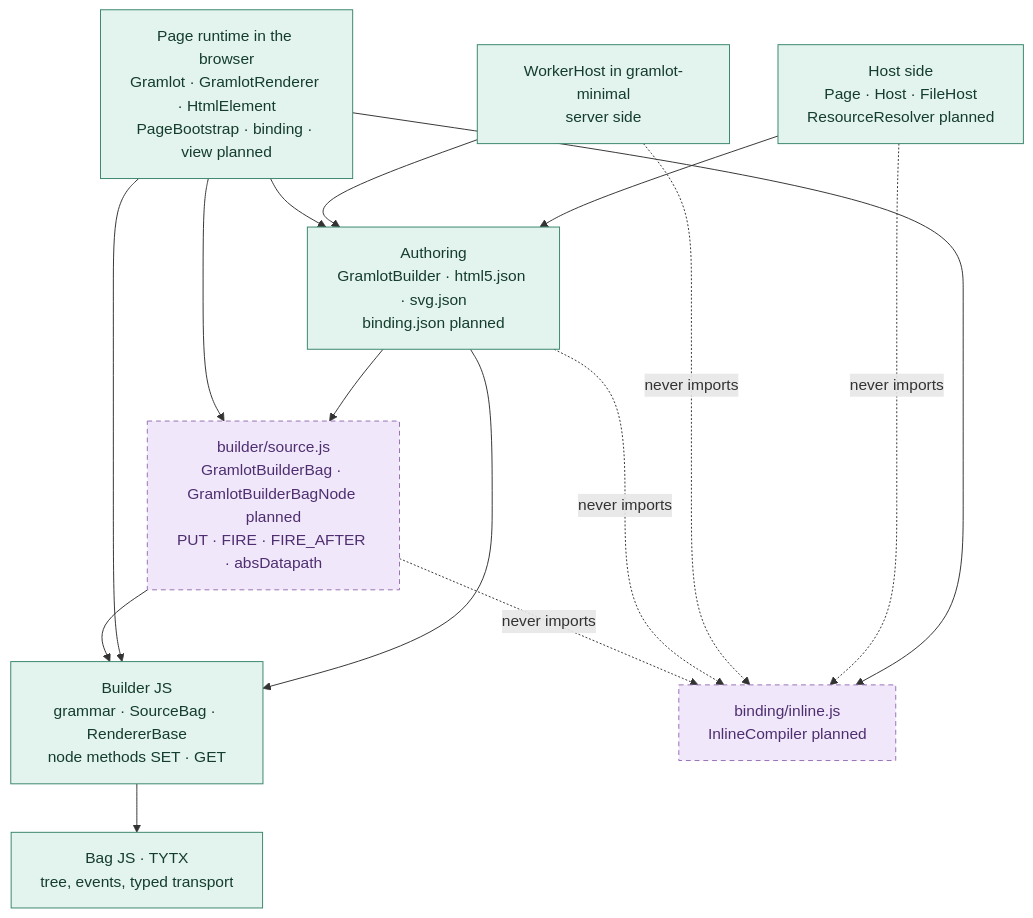
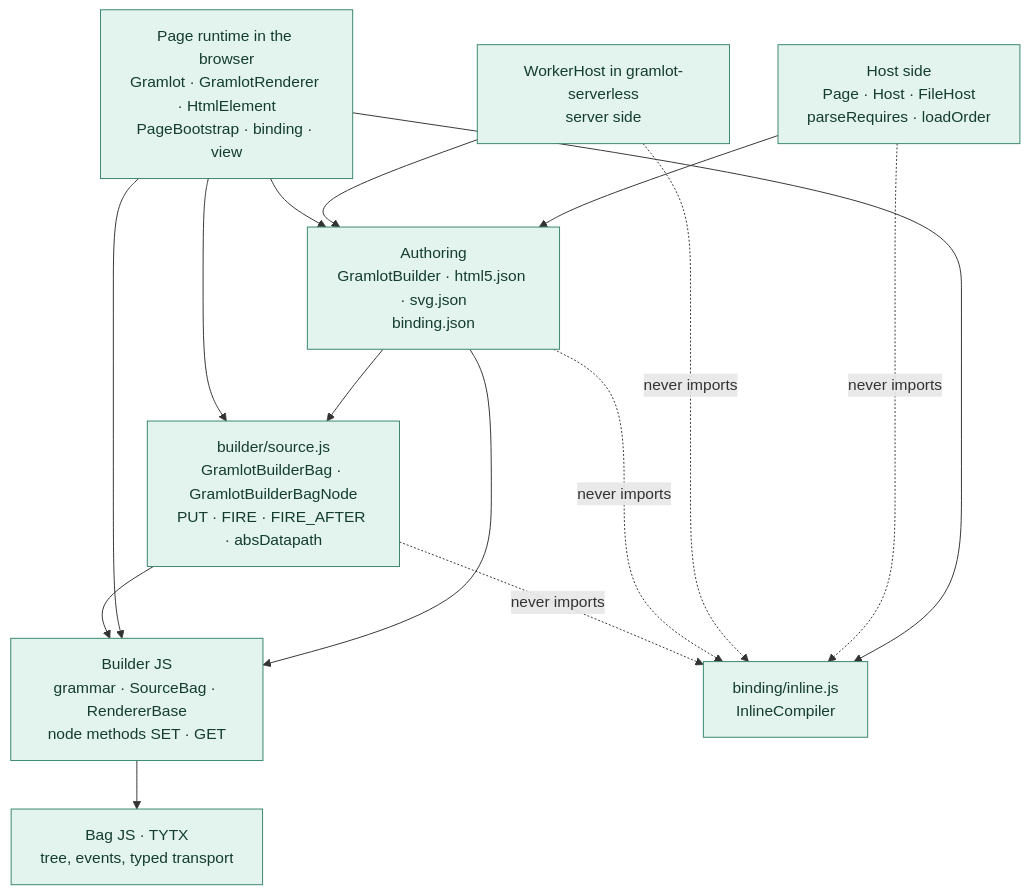
One commit to gramlot-org/gramlot changed the diagram in docs/internal/087-javascript-layer-boundaries.md. Above: the diagram before and after it, drawn with Mermaid. The commit also changed other lines of this file and 299 other files, not shown here.

First line of the commit message:
feat: Gramlot 0.2.0 — HTML5/SVG binding on the minimal Host contract

````diff
--- a/docs/internal/087-javascript-layer-boundaries.md
+++ b/docs/internal/087-javascript-layer-boundaries.md
@@ -462,29 +464,28 @@
 ```mermaid
 flowchart TB
     BAG["Bag JS · TYTX<br/>tree, events, typed transport"]
     BLD["Builder JS<br/>grammar · SourceBag · RendererBase<br/>node methods SET · GET"]
-    SRC["builder/source.js<br/>GramlotBuilderBag · GramlotBuilderBagNode planned<br/>PUT · FIRE · FIRE_AFTER · absDatapath"]
-    AUTH["Authoring<br/>GramlotBuilder · html5.json · svg.json<br/>binding.json planned"]
-    HOST["Host side<br/>Page · Host · FileHost<br/>ResourceResolver planned"]
-    WH["WorkerHost in gramlot-minimal<br/>server side"]
-    PAGE["Page runtime in the browser<br/>Gramlot · GramlotRenderer · HtmlElement<br/>PageBootstrap · binding · view planned"]
-    INL["binding/inline.js<br/>InlineCompiler planned"]
+    SRC["builder/source.js<br/>GramlotBuilderBag · GramlotBuilderBagNode<br/>PUT · FIRE · FIRE_AFTER · absDatapath"]
+    AUTH["Authoring<br/>GramlotBuilder · html5.json · svg.json<br/>binding.json"]
+    HOST["Host side<br/>Page · Host · FileHost<br/>parseRequires · loadOrder"]
+    WH["WorkerHost in gramlot-serverless<br/>server side"]
+    PAGE["Page runtime in the browser<br/>Gramlot · GramlotRenderer · HtmlElement<br/>PageBootstrap · binding · view"]
+    INL["binding/inline.js<br/>InlineCompiler"]
     BLD --> BAG
     AUTH --> BLD
     HOST --> AUTH
     WH --> AUTH
     PAGE --> AUTH
     PAGE --> BLD
     PAGE --> INL
     SRC --> BLD
     AUTH --> SRC
     PAGE --> SRC
     HOST -. never imports .-> INL
     WH -. never imports .-> INL
     AUTH -. never imports .-> INL
     SRC -. never imports .-> INL
     classDef current fill:#e3f3ed,color:#143d2e,stroke:#39866b;
     classDef planned fill:#f0e8fa,color:#4f2e70,stroke:#9670b3,stroke-dasharray:5 4;
-    class BAG,BLD,AUTH,HOST,WH,PAGE current;
-    class INL,SRC planned;
+    class BAG,BLD,AUTH,HOST,WH,PAGE,INL,SRC current;
 ```
````
